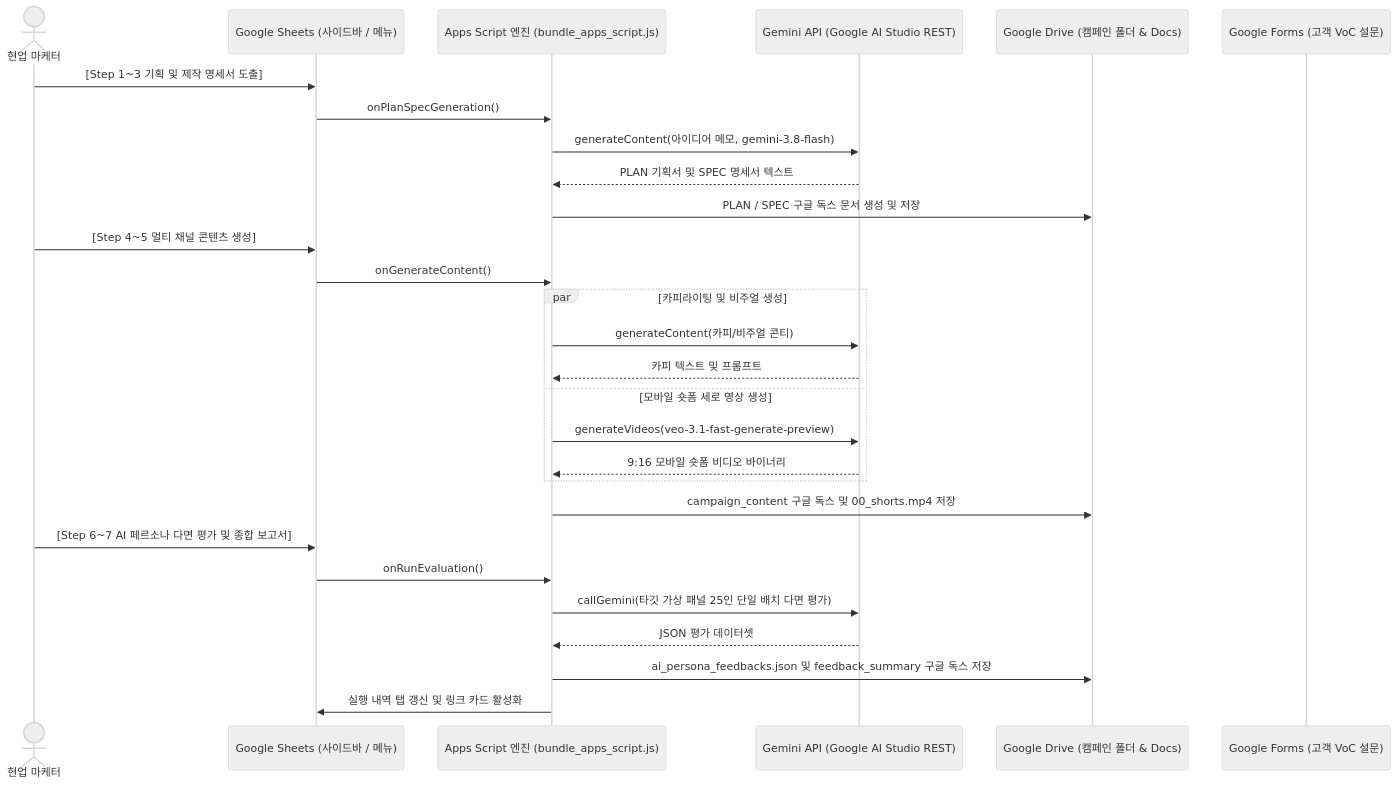
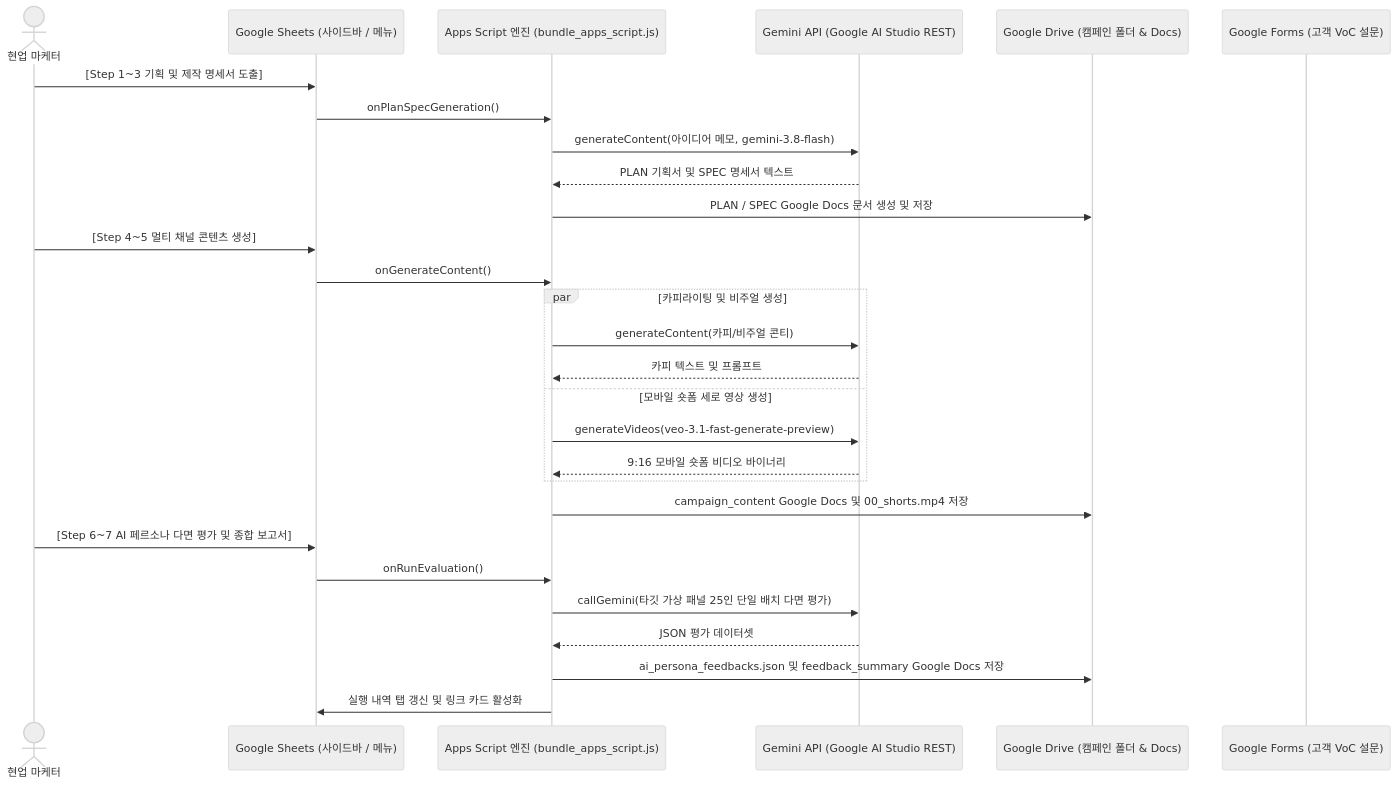
Before and after one commit to jiangjun-forge/google-cloud-0-to-1: the diagram in samples/gws-marketing-content-pipeline/docs/TDD.md, drawn with Mermaid (neutral theme). The commit also changed other lines of this file and 229 other files, not shown here.

````diff
--- a/samples/gws-marketing-content-pipeline/docs/TDD.md
+++ b/samples/gws-marketing-content-pipeline/docs/TDD.md
@@ -19,33 +19,33 @@
 ```mermaid
 sequenceDiagram
     actor Marketer as 현업 마케터
     participant UI as Google Sheets (사이드바 / 메뉴)
     participant GAS as Apps Script 엔진 (bundle_apps_script.js)
     participant Gemini as Gemini API (Google AI Studio REST)
     participant Drive as Google Drive (캠페인 폴더 & Docs)
     participant Forms as Google Forms (고객 VoC 설문)
 
     Marketer->>UI: [Step 1~3 기획 및 제작 명세서 도출]
     UI->>GAS: onPlanSpecGeneration()
     GAS->>Gemini: generateContent(아이디어 메모, gemini-3.8-flash)
     Gemini-->>GAS: PLAN 기획서 및 SPEC 명세서 텍스트
-    GAS->>Drive: PLAN / SPEC 구글 독스 문서 생성 및 저장
+    GAS->>Drive: PLAN / SPEC Google Docs 문서 생성 및 저장
 
     Marketer->>UI: [Step 4~5 멀티 채널 콘텐츠 생성]
     UI->>GAS: onGenerateContent()
     par 카피라이팅 및 비주얼 생성
         GAS->>Gemini: generateContent(카피/비주얼 콘티)
         Gemini-->>GAS: 카피 텍스트 및 프롬프트
     and 모바일 숏폼 세로 영상 생성
         GAS->>Gemini: generateVideos(veo-3.1-fast-generate-preview)
         Gemini-->>GAS: 9:16 모바일 숏폼 비디오 바이너리
     end
-    GAS->>Drive: campaign_content 구글 독스 및 00_shorts.mp4 저장
+    GAS->>Drive: campaign_content Google Docs 및 00_shorts.mp4 저장
 
     Marketer->>UI: [Step 6~7 AI 페르소나 다면 평가 및 종합 보고서]
     UI->>GAS: onRunEvaluation()
     GAS->>Gemini: callGemini(타깃 가상 패널 25인 단일 배치 다면 평가)
     Gemini-->>GAS: JSON 평가 데이터셋
-    GAS->>Drive: ai_persona_feedbacks.json 및 feedback_summary 구글 독스 저장
+    GAS->>Drive: ai_persona_feedbacks.json 및 feedback_summary Google Docs 저장
     GAS->>UI: 실행 내역 탭 갱신 및 링크 카드 활성화
 ```
````
